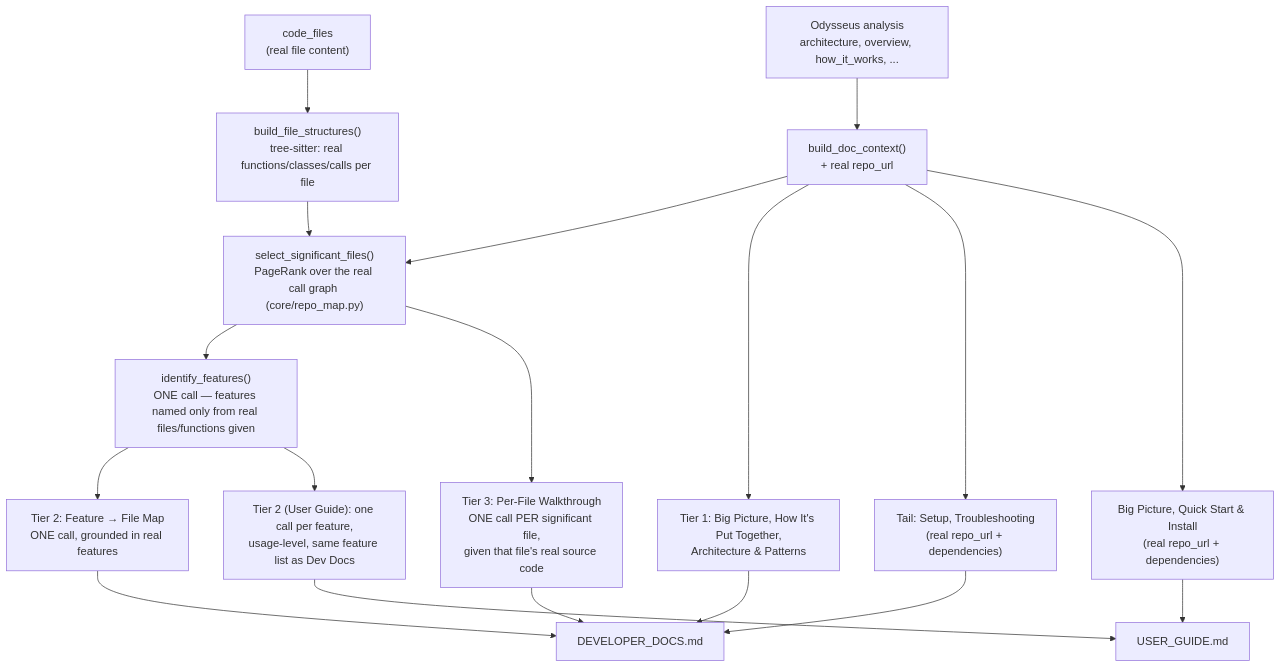
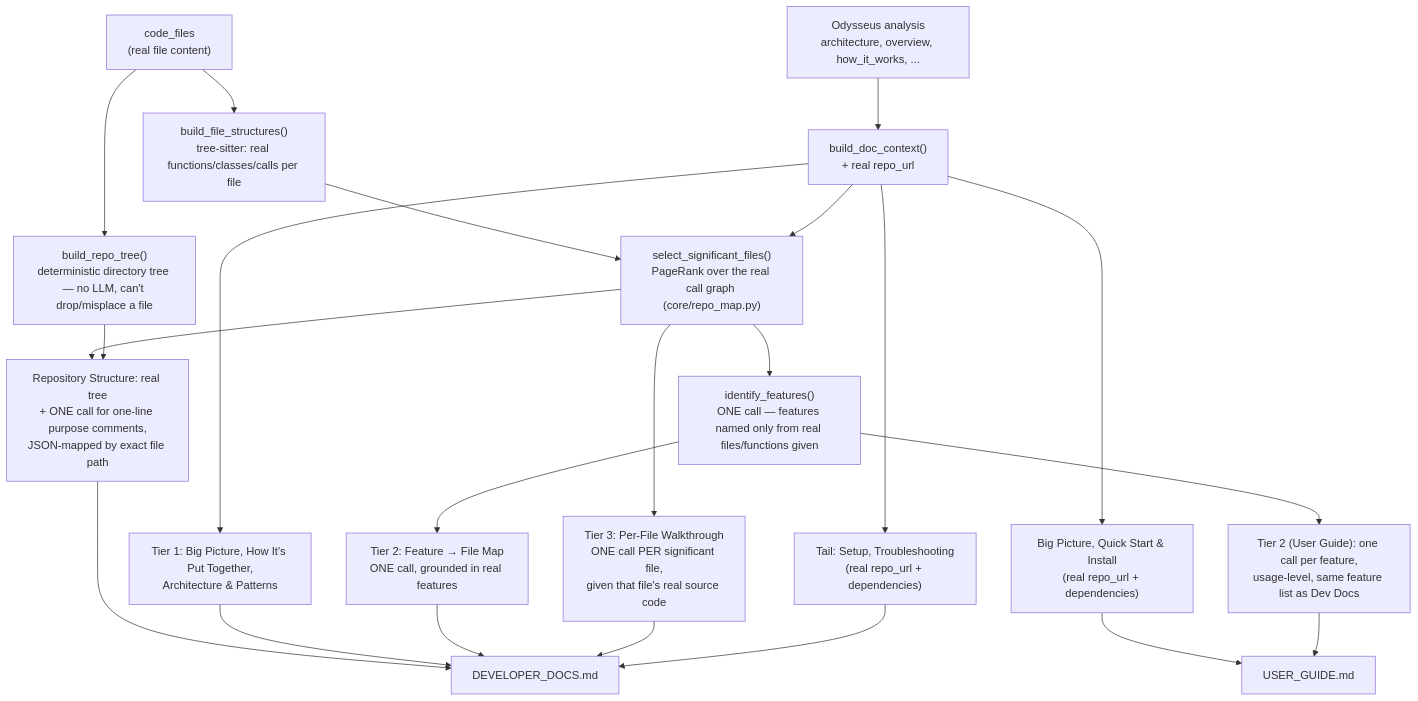
One commit to ds-madhavan-ramani/code-base-documentation changed the diagram in README.md. Above: the diagram before and after it, drawn with Mermaid. The commit also changed other lines of this file and 2 other files, not shown here.

First line of the commit message:
Add Repository Structure section to Developer Docs

````diff
--- a/README.md
+++ b/README.md
@@ -155,23 +155,27 @@
 ```mermaid
 flowchart TD
     CF["code_files<br/>(real file content)"] --> FS["build_file_structures()<br/>tree-sitter: real functions/classes/calls per file"]
     A["Odysseus analysis<br/>architecture, overview, how_it_works, ..."] --> CTX["build_doc_context()<br/>+ real repo_url"]
     FS --> SIG["select_significant_files()<br/>PageRank over the real call graph (core/repo_map.py)"]
     CTX --> SIG
     SIG --> FEAT["identify_features()<br/>ONE call — features named only from real files/functions given"]
 
+    CF --> TREE["build_repo_tree()<br/>deterministic directory tree — no LLM, can't drop/misplace a file"]
+    SIG --> RSTRUCT["Repository Structure: real tree<br/>+ ONE call for one-line purpose comments,<br/>JSON-mapped by exact file path"]
+    TREE --> RSTRUCT
     CTX --> T1["Tier 1: Big Picture, How It's Put Together,<br/>Architecture & Patterns"]
     FEAT --> T2["Tier 2: Feature → File Map<br/>ONE call, grounded in real features"]
     SIG --> T3["Tier 3: Per-File Walkthrough<br/>ONE call PER significant file,<br/>given that file's real source code"]
     CTX --> TAIL["Tail: Setup, Troubleshooting<br/>(real repo_url + dependencies)"]
 
-    T1 --> DEV["DEVELOPER_DOCS.md"]
+    RSTRUCT --> DEV["DEVELOPER_DOCS.md"]
+    T1 --> DEV
     T2 --> DEV
     T3 --> DEV
     TAIL --> DEV
 
     FEAT --> UFEAT["Tier 2 (User Guide): one call per feature,<br/>usage-level, same feature list as Dev Docs"]
     CTX --> UHEAD["Big Picture, Quick Start & Install<br/>(real repo_url + dependencies)"]
     UHEAD --> USER["USER_GUIDE.md"]
     UFEAT --> USER
 ```
````
